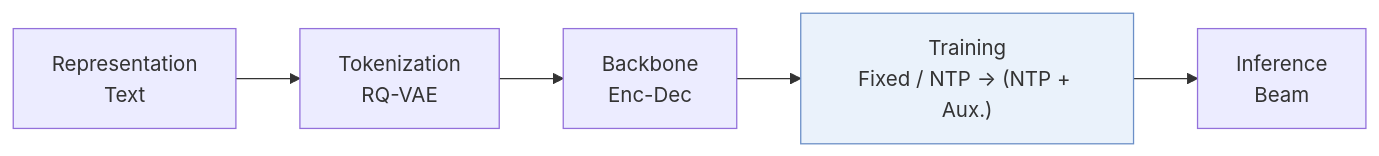
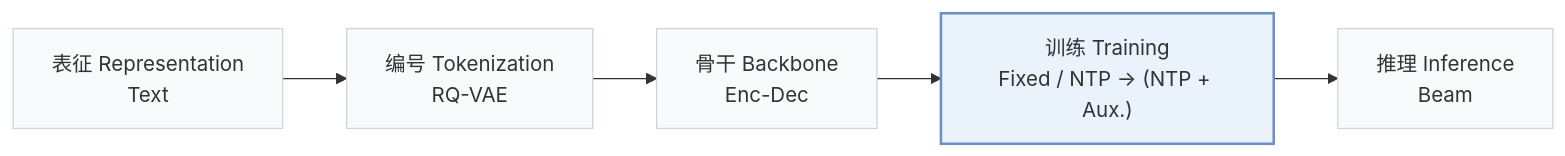
One commit to Galaxy-ghost/Awesome-SID-Generative-Rec changed the first of 2 diagrams in pages/zh/papers/reger.md. Above: the diagram before and after it, drawn with Mermaid. The commit also changed other lines of this file and 649 other files, not shown here.

Commit message:
writer-05: also tags and modality index (schema, check, build, visuals); summary field removed; calibration data for 12 papers

````diff
--- a/pages/zh/papers/reger.md
+++ b/pages/zh/papers/reger.md
@@ -13,6 +15,8 @@
 ```mermaid
 flowchart LR
-    R["Representation<br/>Text"] --> T["Tokenization<br/>RQ-VAE"] --> B["Backbone<br/>Enc-Dec"] --> TR["Training<br/>Fixed / NTP → (NTP + Aux.)"] --> I["Inference<br/>Beam"]
-    classDef main fill:#eaf2fb,stroke:#6b8fc7
+    R["表征 Representation<br/>Text"] --> T["编号 Tokenization<br/>RQ-VAE"] --> B["骨干 Backbone<br/>Enc-Dec"] --> TR["训练 Training<br/>Fixed / NTP → (NTP + Aux.)"] --> I["推理 Inference<br/>Beam"]
+    classDef base fill:#f8fafc,stroke:#cbd5e1
+    class R,T,B,TR,I base
+    classDef main fill:#eaf2fb,stroke:#6b8fc7,stroke-width:2px
     class TR main
 ```
````
